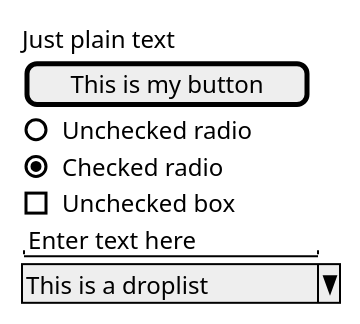
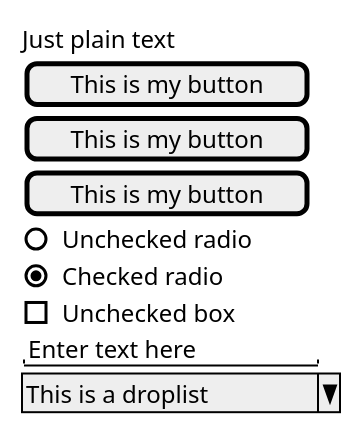
Before and after one commit to badeand/documatic: the diagram in doc/gui3.puml, drawn with PlantUML. The commit also changed 17 other files, not shown here.

```diff
--- a/doc/gui3.puml
+++ b/doc/gui3.puml
@@ -1,15 +1,16 @@
 @startuml
 'https://plantuml.com/salt
 
 salt
 {
   Just plain text
   [This is my button]
+  [This is my button]
+  [This is my button]
   ()  Unchecked radio
   (X) Checked radio
-
   []  Unchecked box
   "Enter text here   "
   ^This is a droplist^
 }
 @enduml
```
